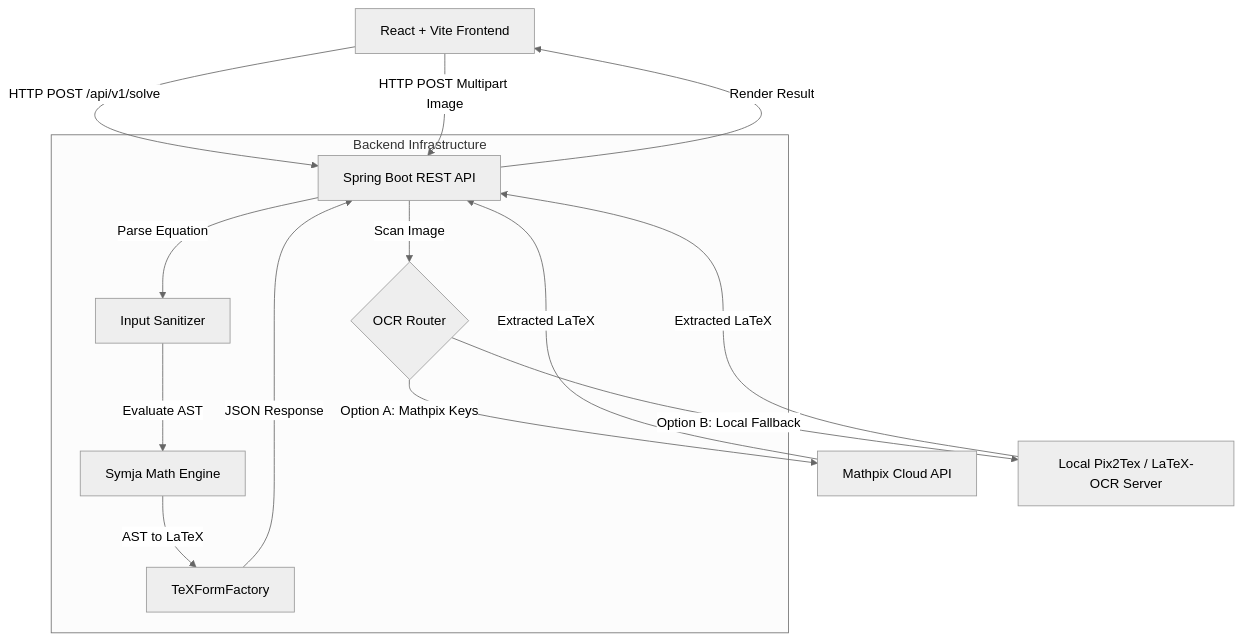
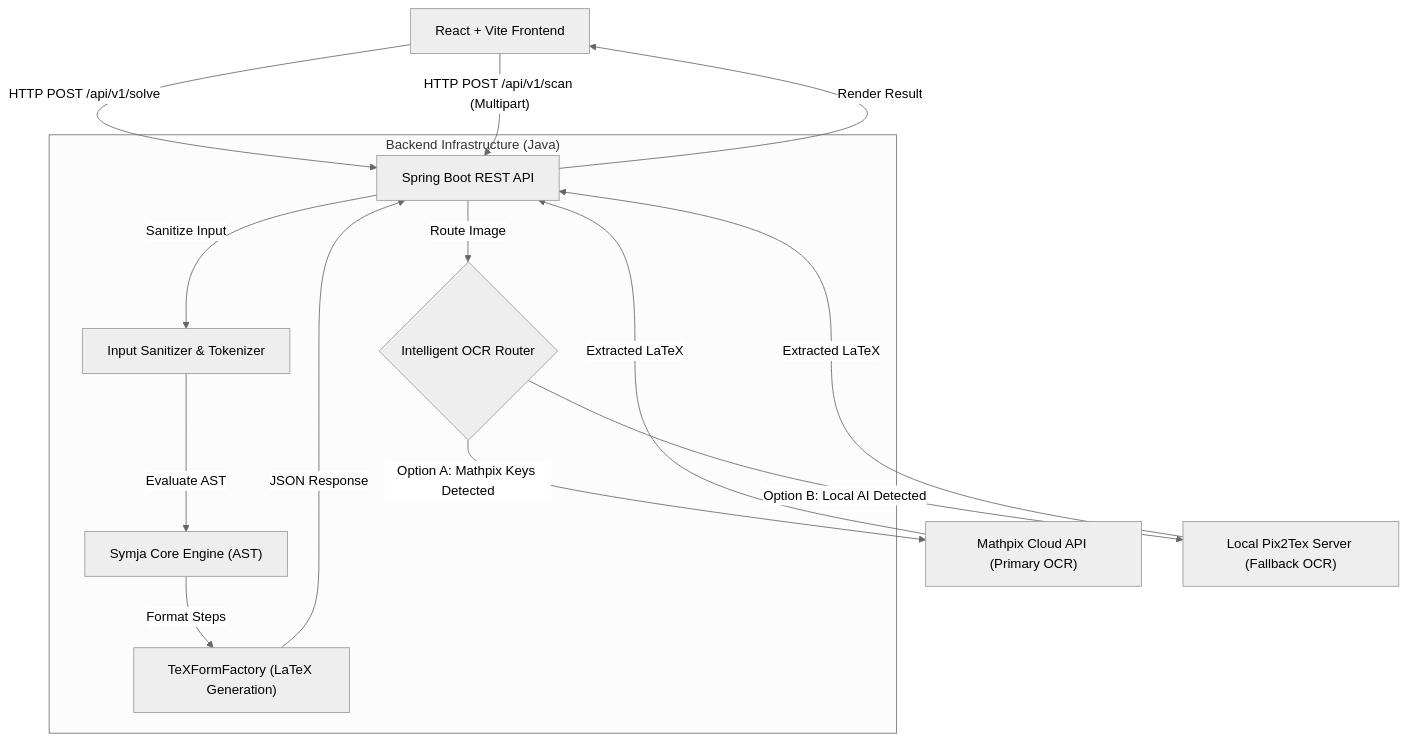
One commit to singhtanya05/mycalc changed the diagram in README.md. Above: the diagram before and after it, drawn with Mermaid (neutral theme). The commit also changed other lines of this file, not shown here.

````diff
--- a/README.md
+++ b/README.md
@@ -11,32 +26,32 @@
 ```mermaid
 graph TD
     Client["React + Vite Frontend"]
     API["Spring Boot REST API"]
-    Mathpix["Mathpix Cloud API"]
-    Pix2Tex["Local Pix2Tex / LaTeX-OCR Server"]
+    Mathpix["Mathpix Cloud API (Primary OCR)"]
+    Pix2Tex["Local Pix2Tex Server (Fallback OCR)"]
     
     Client -->|"HTTP POST /api/v1/solve"| API
-    Client -->|"HTTP POST Multipart Image"| API
+    Client -->|"HTTP POST /api/v1/scan (Multipart)"| API
     
-    subgraph Backend ["Backend Infrastructure"]
-        Preprocessor["Input Sanitizer"]
-        Symja["Symja Math Engine"]
-        OCR_Router{"OCR Router"}
-        Formatter["TeXFormFactory"]
+    subgraph Backend ["Backend Infrastructure (Java)"]
+        Preprocessor["Input Sanitizer & Tokenizer"]
+        Symja["Symja Core Engine (AST)"]
+        OCR_Router{"Intelligent OCR Router"}
+        Formatter["TeXFormFactory (LaTeX Generation)"]
         
-        API -->|"Parse Equation"| Preprocessor
+        API -->|"Sanitize Input"| Preprocessor
         Preprocessor -->|"Evaluate AST"| Symja
-        Symja -->|"AST to LaTeX"| Formatter
+        Symja -->|"Format Steps"| Formatter
         Formatter -->|"JSON Response"| API
         
-        API -->|"Scan Image"| OCR_Router
+        API -->|"Route Image"| OCR_Router
     end
     
-    OCR_Router -->|"Option A: Mathpix Keys"| Mathpix
-    OCR_Router -->|"Option B: Local Fallback"| Pix2Tex
+    OCR_Router -->|"Option A: Mathpix Keys Detected"| Mathpix
+    OCR_Router -->|"Option B: Local AI Detected"| Pix2Tex
     
     Mathpix -->|"Extracted LaTeX"| API
     Pix2Tex -->|"Extracted LaTeX"| API
     
     API -->|"Render Result"| Client
 ```
````
